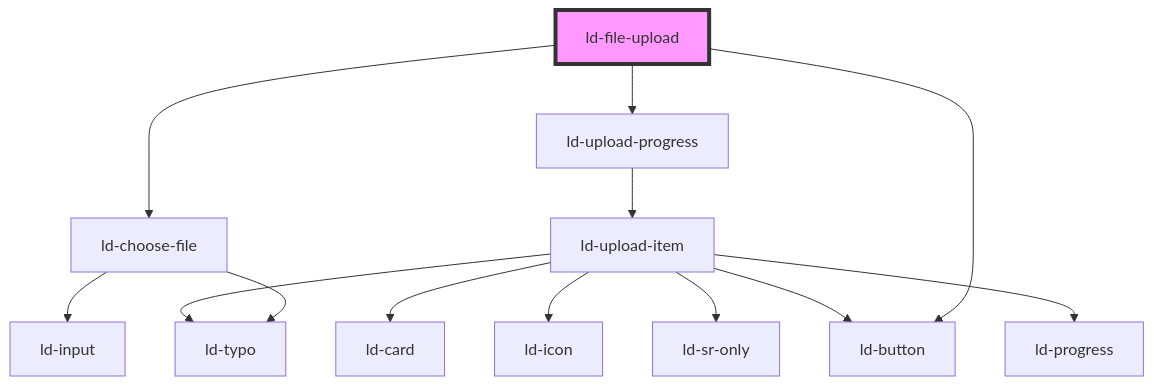
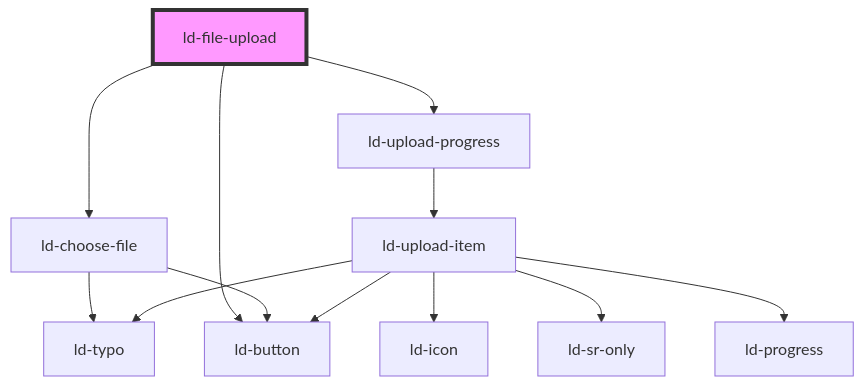
Before and after one commit to emdgroup-liquid/liquid: the diagram in src/liquid/components/ld-file-upload/readme.md, drawn with Mermaid. The commit also changed other lines of this file and 26 other files, not shown here.

````diff
--- a/src/liquid/components/ld-file-upload/readme.md
+++ b/src/liquid/components/ld-file-upload/readme.md
@@ -153,16 +275,15 @@
 ```mermaid
 graph TD;
   ld-file-upload --> ld-choose-file
   ld-file-upload --> ld-upload-progress
   ld-file-upload --> ld-button
   ld-choose-file --> ld-typo
-  ld-choose-file --> ld-input
+  ld-choose-file --> ld-button
   ld-upload-progress --> ld-upload-item
-  ld-upload-item --> ld-card
   ld-upload-item --> ld-icon
   ld-upload-item --> ld-typo
   ld-upload-item --> ld-button
   ld-upload-item --> ld-sr-only
   ld-upload-item --> ld-progress
   style ld-file-upload fill:#f9f,stroke:#333,stroke-width:4px
 ```
````
